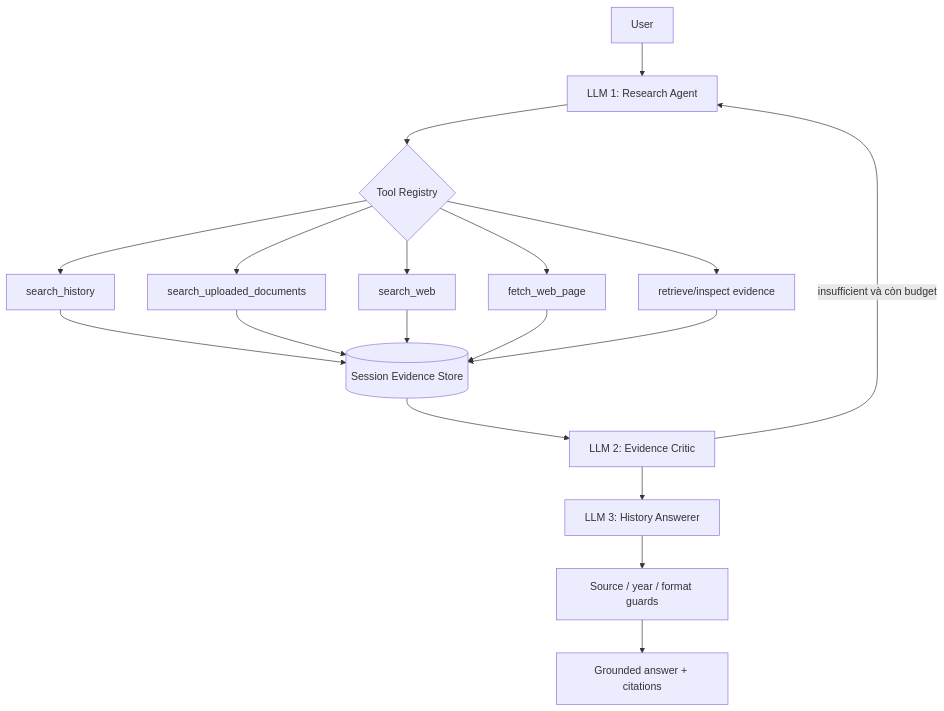
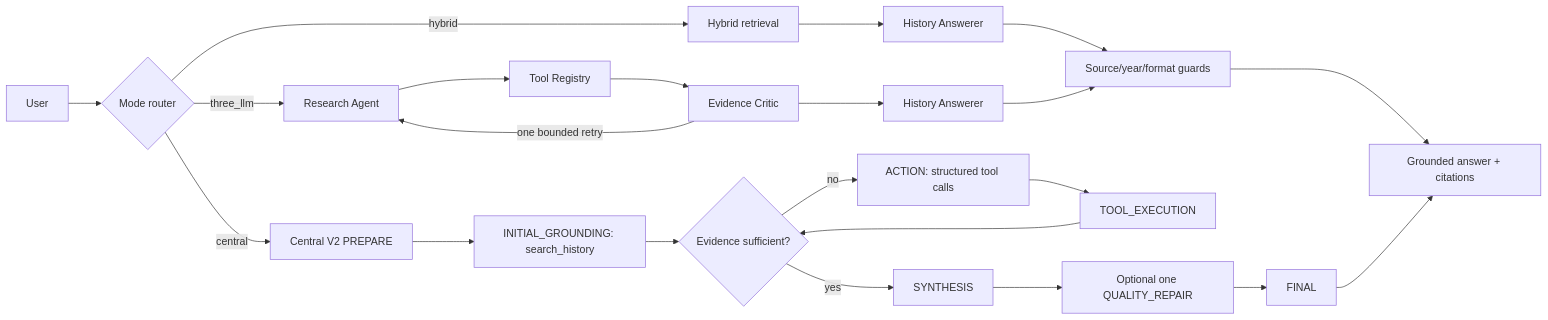
The diagram in README.md (ChuTungDuongg/Chatbot_answering_vietnamese_history), drawn with Mermaid before and after one commit. The commit also changed other lines of this file, not shown here.

Commit message:
docs: refresh README for Central V2

````diff
--- a/README.md
+++ b/README.md
@@ -39,20 +43,28 @@
 ```mermaid
-flowchart TD
-    U[User] --> R[LLM 1: Research Agent]
-    R --> T{Tool Registry}
-    T --> L[search_history]
-    T --> D[search_uploaded_documents]
-    T --> W[search_web]
-    T --> F[fetch_web_page]
-    T --> S[retrieve/inspect evidence]
-    L --> E[(Session Evidence Store)]
-    D --> E
-    W --> E
-    F --> E
-    S --> E
-    E --> C[LLM 2: Evidence Critic]
-    C -->|insufficient và còn budget| R
-    C --> H[LLM 3: History Answerer]
-    H --> G[Source / year / format guards]
+flowchart LR
+    U[User] --> M{Mode router}
+
+    M -->|hybrid| HR[Hybrid retrieval]
+    HR --> HA[History Answerer]
+    HA --> G[Source/year/format guards]
+
+    M -->|three_llm| R[Research Agent]
+    R --> TR[Tool Registry]
+    TR --> E[Evidence Critic]
+    E -->|one bounded retry| R
+    E --> H[History Answerer]
+    H --> G
+
+    M -->|central| P[Central V2 PREPARE]
+    P --> LG[INITIAL_GROUNDING: search_history]
+    LG --> S{Evidence sufficient?}
+    S -->|no| AC[ACTION: structured tool calls]
+    AC --> TE[TOOL_EXECUTION]
+    TE --> S
+    S -->|yes| SY[SYNTHESIS]
+    SY --> QR[Optional one QUALITY_REPAIR]
+    QR --> F[FINAL]
+
     G --> A[Grounded answer + citations]
+    F --> A
 ```
````
